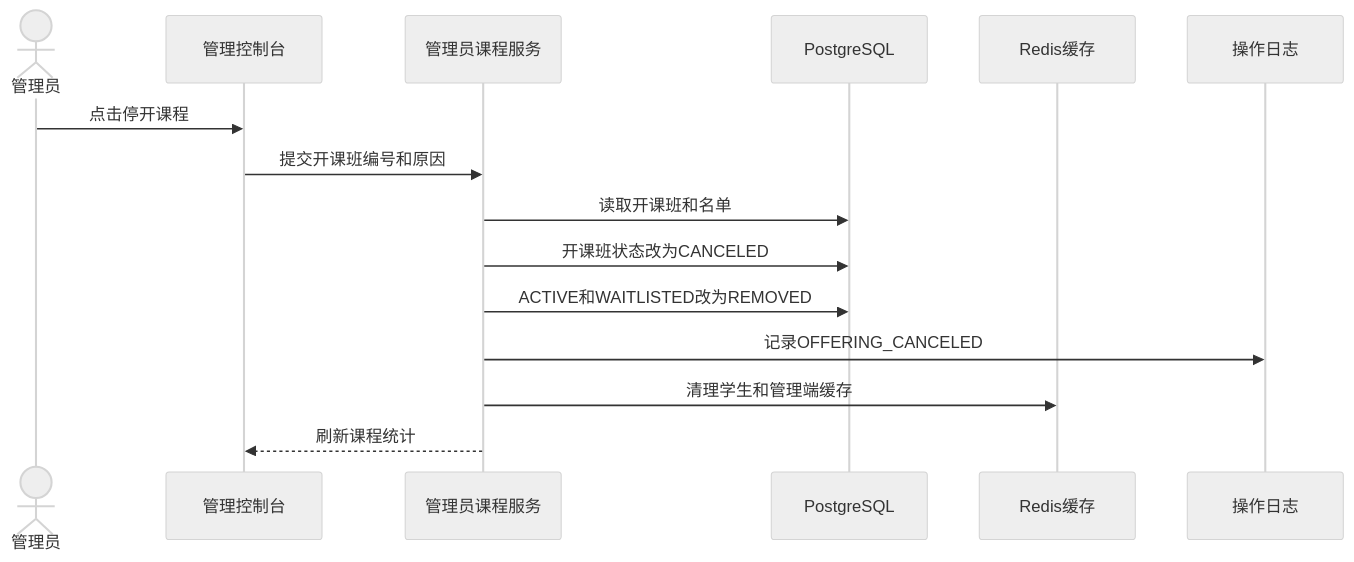
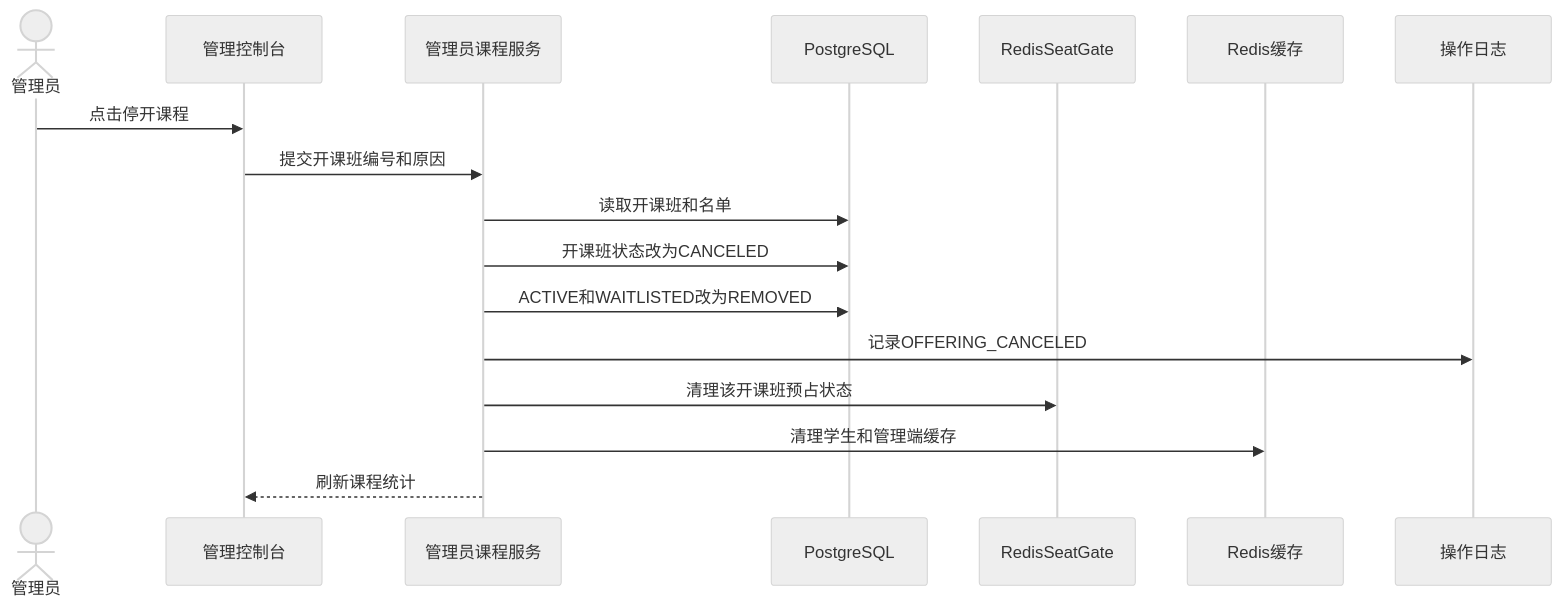
The fourth of 4 diagrams in course-reports/sequence-diagrams.md (schenfune/homework2606), drawn with Mermaid (neutral theme) before and after one commit. The commit also changed other lines of this file and 20 other files, not shown here.

````diff
--- a/course-reports/sequence-diagrams.md
+++ b/course-reports/sequence-diagrams.md
@@ -94,18 +115,20 @@
 ```mermaid
 sequenceDiagram
     actor Admin as 管理员
     participant Page as 管理控制台
     participant Service as 管理员课程服务
     participant DB as PostgreSQL
+    participant Gate as RedisSeatGate
     participant Cache as Redis缓存
     participant Log as 操作日志
 
     Admin->>Page: 点击停开课程
     Page->>Service: 提交开课班编号和原因
     Service->>DB: 读取开课班和名单
     Service->>DB: 开课班状态改为CANCELED
     Service->>DB: ACTIVE和WAITLISTED改为REMOVED
     Service->>Log: 记录OFFERING_CANCELED
+    Service->>Gate: 清理该开课班预占状态
     Service->>Cache: 清理学生和管理端缓存
     Service-->>Page: 刷新课程统计
 ```
````
